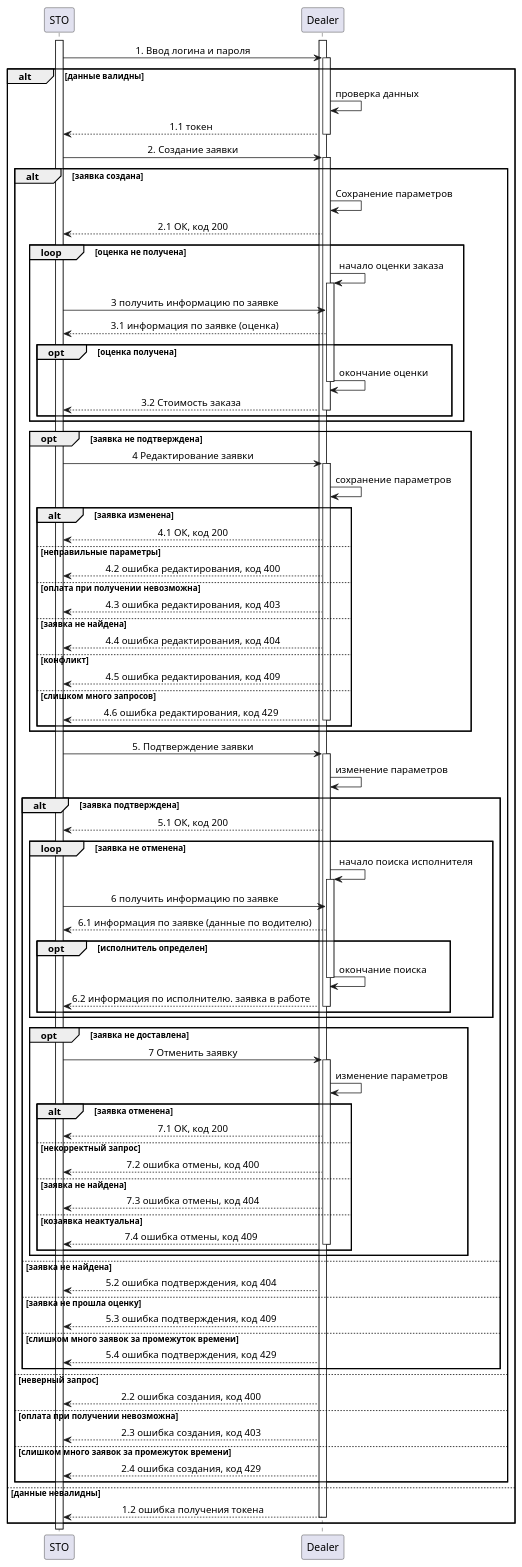
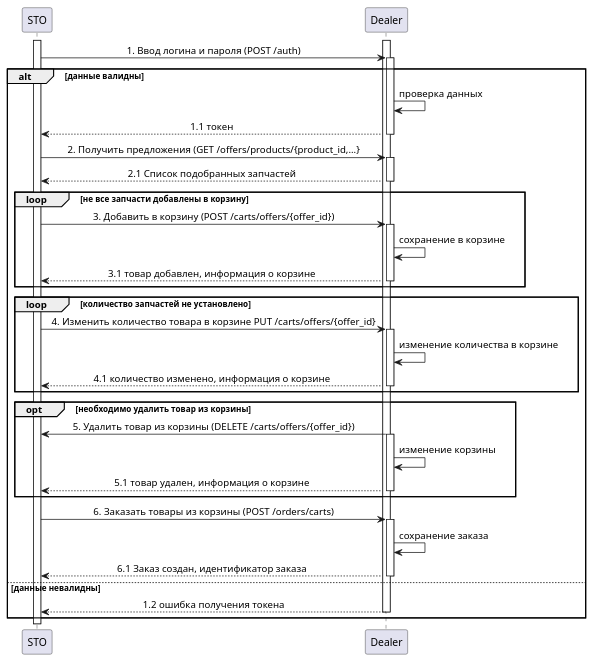
One commit to aapoplavskii/Project_Otus_SA changed the diagram in sequence diagram.plantuml. Above: the diagram before and after it, drawn with PlantUML. The commit also changed 1 other file, not shown here.

Commit message:
добавил sequence diagram

```diff
--- a/sequence diagram.plantuml
+++ b/sequence diagram.plantuml
@@ -1,170 +1,69 @@
 @startuml sequence euroavto
 
 skinparam SequenceMessageAlignment center
 
 participant STO
 participant Dealer
 
 activate STO
 activate Dealer
-STO -> Dealer : 1. Ввод логина и пароля
+STO -> Dealer : 1. Ввод логина и пароля (POST /auth)
 
 activate Dealer
 
 alt данные валидны
 
     Dealer -> Dealer : проверка данных
 
     Dealer --> STO : 1.1 токен 
     deactivate Dealer
 
-    STO -> Dealer : 2. Создание заявки
+    STO -> Dealer : 2. Получить предложения (GET /offers/products/{product_id,...}
     activate Dealer
 
-    alt заявка создана
+    Dealer --> STO : 2.1 Список подобранных запчастей
+    deactivate Dealer
 
-        Dealer -> Dealer : Сохранение параметров
+        loop не все запчасти добавлены в корзину
 
-        Dealer --> STO : 2.1 ОК, код 200
-
-            loop оценка не получена
-
-                Dealer -> Dealer : начало оценки заказа
-                activate Dealer
-
-                STO -> Dealer : 3 получить информацию по заявке
-                Dealer --> STO : 3.1 информация по заявке (оценка)
-
-                    opt оценка получена
-
-                        Dealer -> Dealer : окончание оценки
-                        deactivate Dealer
-                        
-                        Dealer --> STO : 3.2 Стоимость заказа
-                        deactivate Dealer
-
-                    end
-
-                end
-
-                opt заявка не подтверждена
-                    STO -> Dealer : 4 Редактирование заявки
-                    activate Dealer
-                    Dealer -> Dealer : сохранение параметров
-
-                    alt заявка изменена
-                        Dealer --> STO : 4.1 ОК, код 200
-                        else неправильные параметры
-
-                        Dealer --> STO : 4.2 ошибка редактирования, код 400
-
-                        else оплата при получении невозможна
-
-                        Dealer --> STO : 4.3 ошибка редактирования, код 403
-                        
-                        else заявка не найдена
-
-                        Dealer --> STO : 4.4 ошибка редактирования, код 404
-
-                        else конфликт
-
-                        Dealer --> STO : 4.5 ошибка редактирования, код 409
-
-                        else слишком много запросов
-
-                        Dealer --> STO : 4.6 ошибка редактирования, код 429
-                        deactivate Dealer
-
-                    end
-
-                end 
-        
-        STO -> Dealer : 5. Подтверждение заявки
-        activate Dealer
-        Dealer -> Dealer : изменение параметров
-
-            alt заявка подтверждена
-                Dealer --> STO : 5.1 ОК, код 200
-                    loop заявка не отменена
-
-                        Dealer -> Dealer : начало поиска исполнителя
-                        activate Dealer
-
-                        STO -> Dealer : 6 получить информацию по заявке
-                        Dealer --> STO : 6.1 информация по заявке (данные по водителю)
-
-                            opt исполнитель определен
-
-                                Dealer -> Dealer : окончание поиска
-                                deactivate Dealer
-                                
-                                Dealer --> STO : 6.2 информация по исполнителю. заявка в работе
-                                deactivate Dealer
-
-                            end
-                    end
-
-                    opt заявка не доставлена
-                        STO -> Dealer : 7 Отменить заявку
-                        activate Dealer
-                        Dealer -> Dealer : изменение параметров
-
-                        alt заявка отменена
-                            Dealer --> STO : 7.1 ОК, код 200
-                            else некорректный запрос
-
-                            Dealer --> STO : 7.2 ошибка отмены, код 400
-                                                      
-                            else заявка не найдена
-
-                            Dealer --> STO : 7.3 ошибка отмены, код 404
-
-                            else козаявка неактуальна
-
-                            Dealer --> STO : 7.4 ошибка отмены, код 409
-                           
-                            deactivate Dealer
-
-                        end
-
-                    end 
-
-                else заявка не найдена
-
-                Dealer --> STO : 5.2 ошибка подтверждения, код 404
-
-                else заявка не прошла оценку
-
-                Dealer --> STO : 5.3 ошибка подтверждения, код 409
-                            
-                else слишком много заявок за промежуток времени
-
-                Dealer --> STO : 5.4 ошибка подтверждения, код 429              
-
-            end
-
-            
-
-        else неверный запрос
-
-        Dealer --> STO : 2.2 ошибка создания, код 400
-
-        else оплата при получении невозможна
-
-        Dealer --> STO : 2.3 ошибка создания, код 403
-
-        else слишком много заявок за промежуток времени
-
-        Dealer --> STO : 2.4 ошибка создания, код 429
+            STO -> Dealer : 3. Добавить в корзину (POST /carts/offers/{offer_id})
+            activate Dealer
+            Dealer -> Dealer : сохранение в корзине
+            Dealer --> STO : 3.1 товар добавлен, информация о корзине  
+            deactivate Dealer          
 
         end
 
+        loop количество запчастей не установлено
 
-    else данные невалидны
+            STO -> Dealer : 4. Изменить количество товара в корзине PUT /carts/offers/{offer_id}
+            activate Dealer
+            Dealer -> Dealer : изменение количества в корзине
+            Dealer --> STO : 4.1 количество изменено, информация о корзине
+            deactivate Dealer
+
+        end
+
+        opt необходимо удалить товар из корзины
+
+            Dealer -> STO : 5. Удалить товар из корзины (DELETE /carts/offers/{offer_id})
+            activate Dealer
+            Dealer -> Dealer : изменение корзины
+            Dealer --> STO : 5.1 товар удален, информация о корзине 
+            deactivate Dealer
+
+        end
+    STO -> Dealer: 6. Заказать товары из корзины (POST /orders/carts)
+    activate Dealer
+    Dealer -> Dealer : сохранение заказа
+    Dealer --> STO : 6.1 Заказ создан, идентификатор заказа
+    deactivate Dealer
+
+else данные невалидны
     Dealer --> STO : 1.2 ошибка получения токена
     deactivate Dealer
 
 end
 
 
 @enduml
```
